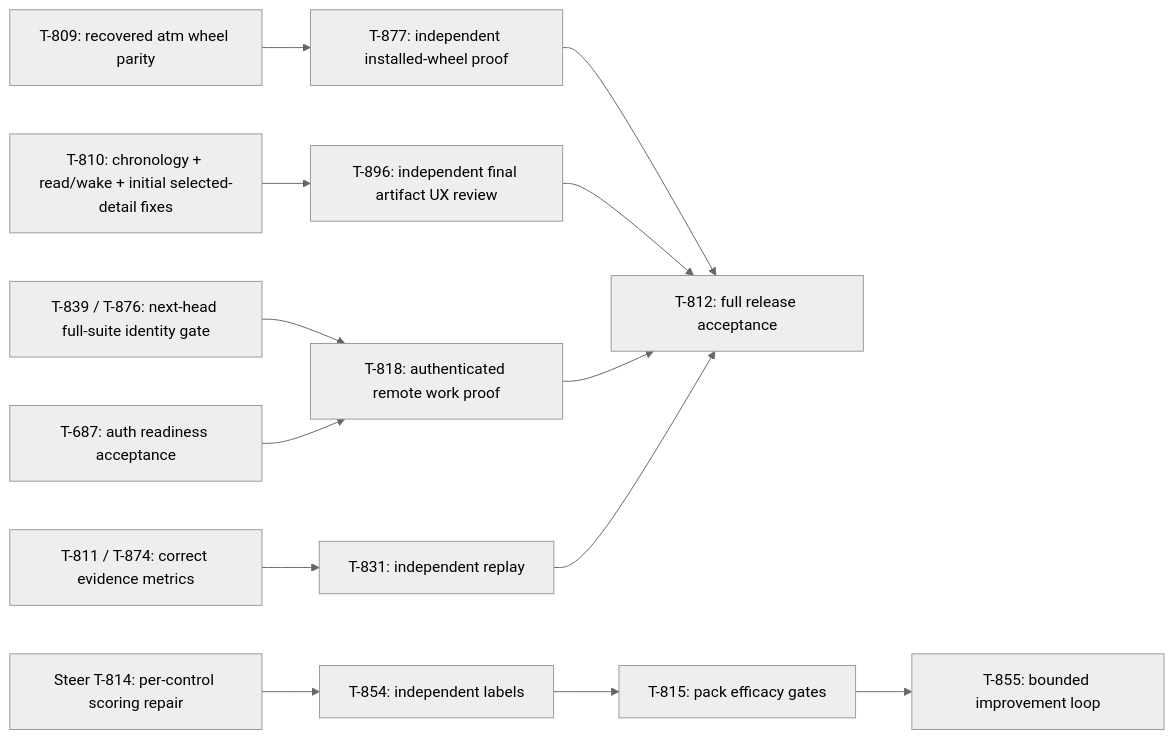
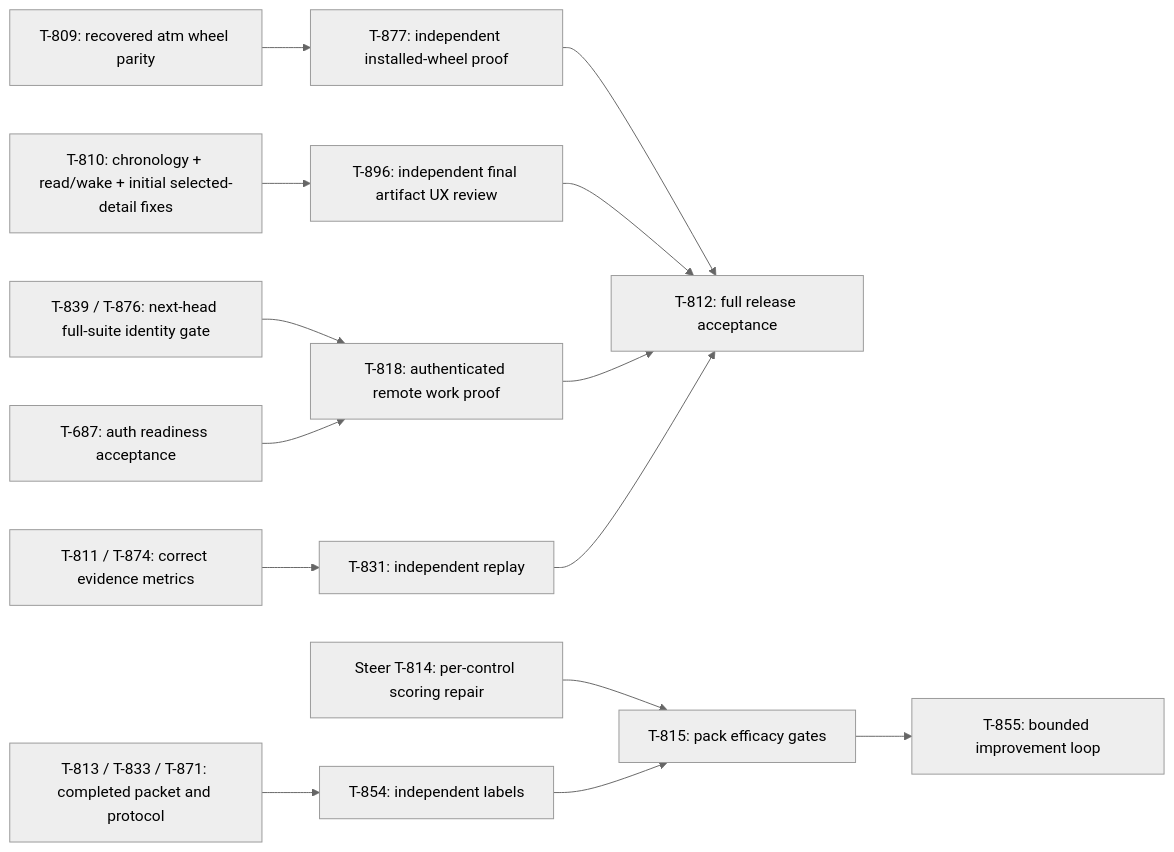
The diagram in docs/handoffs/t897-interim-ceo.md (advitiyavashist/atman), drawn with Mermaid (neutral theme) before and after one commit. The commit also changed other lines of this file, not shown here.

````diff
--- a/docs/handoffs/t897-interim-ceo.md
+++ b/docs/handoffs/t897-interim-ceo.md
@@ -29,15 +29,16 @@
 ```mermaid
 flowchart LR
   AppFix["T-810: chronology + read/wake + initial selected-detail fixes"] --> AppReview["T-896: independent final artifact UX review"]
   Cli["T-809: recovered atm wheel parity"] --> CliReview["T-877: independent installed-wheel proof"]
   CliReview --> AppRelease["T-812: full release acceptance"]
   AppReview --> AppRelease
   Identity["T-839 / T-876: next-head full-suite identity gate"] --> Remote["T-818: authenticated remote work proof"]
   Remote --> AppRelease
   Auth["T-687: auth readiness acceptance"] --> Remote
   Metrics["T-811 / T-874: correct evidence metrics"] --> Scorecard["T-831: independent replay"]
   Scorecard --> AppRelease
-  Corpus["Steer T-814: per-control scoring repair"] --> Labels["T-854: independent labels"]
+  Protocol["T-813 / T-833 / T-871: completed packet and protocol"] --> Labels["T-854: independent labels"]
+  Corpus["Steer T-814: per-control scoring repair"] --> Efficacy
   Labels --> Efficacy["T-815: pack efficacy gates"]
   Efficacy --> Improve["T-855: bounded improvement loop"]
 ```
````
